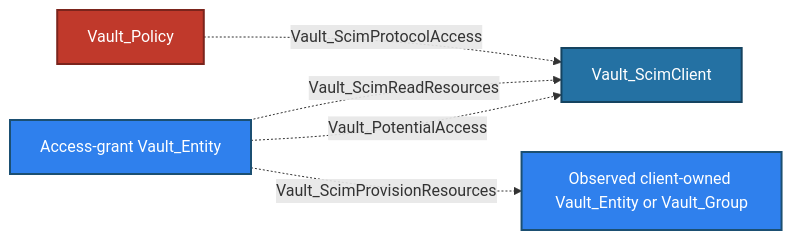
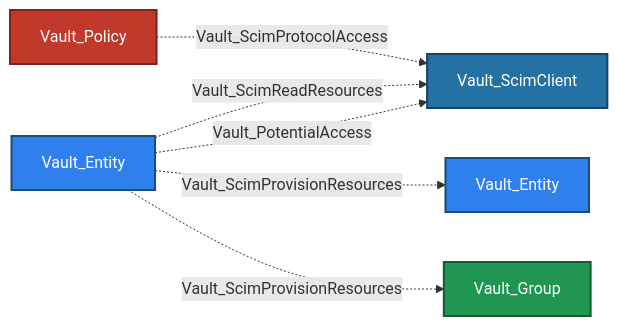
One commit to bytewreck/opengraph-vault changed diagram 12 of 12 in Documentation/stores/IDENTITY.md. Above: the diagram before and after it, drawn with Mermaid. The commit also changed other lines of this file and 1 other file, not shown here.

````diff
--- a/Documentation/stores/IDENTITY.md
+++ b/Documentation/stores/IDENTITY.md
@@ -605,12 +698,13 @@
 ```mermaid
 flowchart LR
     policy[Vault_Policy]:::policyNode -.->|Vault_ScimProtocolAccess| client[Vault_ScimClient]:::scimNode
-    principal[Access-grant Vault_Entity]:::entityNode -.->|Vault_ScimReadResources| client
-    principal -.->|Vault_ScimProvisionResources| resource["Observed client-owned Vault_Entity or Vault_Group"]:::identityNode
+    principal[Vault_Entity]:::entityNode -.->|Vault_ScimReadResources| client
+    principal -.->|Vault_ScimProvisionResources| entity[Vault_Entity]:::entityNode
+    principal -.->|Vault_ScimProvisionResources| group[Vault_Group]:::groupNode
     principal -.->|Vault_PotentialAccess| client
 
     classDef policyNode fill:#C0392B,color:#fff,stroke:#7B241C,stroke-width:2px
     classDef scimNode fill:#2471A3,color:#fff,stroke:#154360,stroke-width:2px
     classDef entityNode fill:#2F80ED,color:#fff,stroke:#1B4F72,stroke-width:2px
-    classDef identityNode fill:#2F80ED,color:#fff,stroke:#1B4F72,stroke-width:2px
+    classDef groupNode fill:#219653,color:#fff,stroke:#145A32,stroke-width:2px
 ```
````
